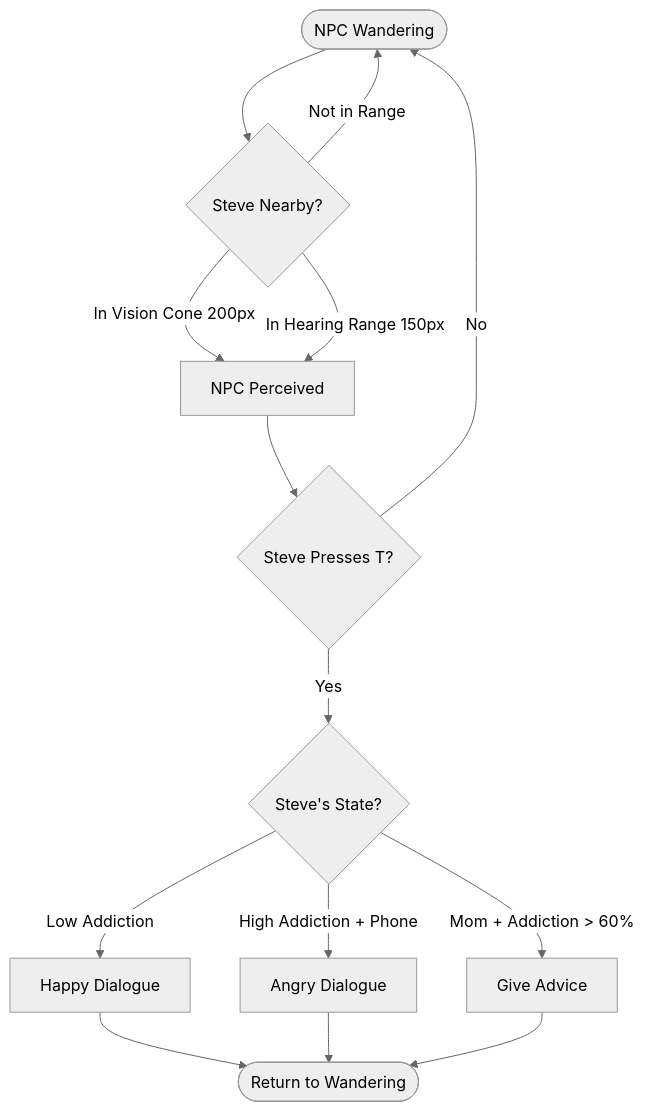
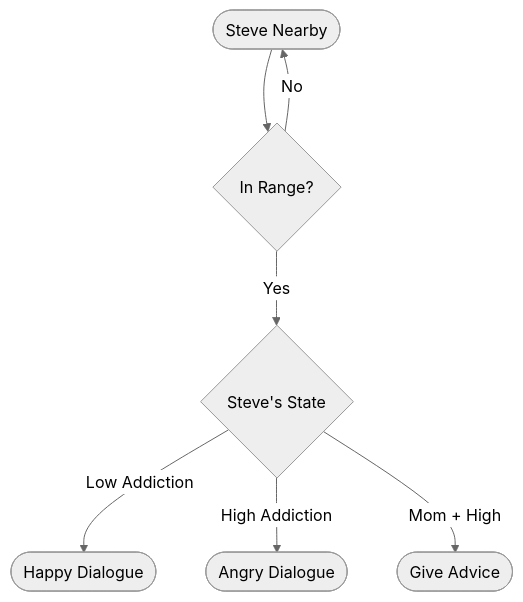
Before and after one commit to MNSBaanu/EchoSphere: the fourth of 5 diagrams in docs/08_Algorithm.md, drawn with Mermaid (neutral theme). The commit also changed other lines of this file, not shown here.

First line of the commit message:
docs(Algorithm): simplify flowcharts and consolidate sections

````diff
--- a/docs/08_Algorithm.md
+++ b/docs/08_Algorithm.md
@@ -72,16 +53,9 @@
 ```mermaid
 flowchart TD
-    A([NPC Wandering]) --> B{Steve Nearby?}
-    B -->|In Vision Cone 200px| C[NPC Perceived]
-    B -->|In Hearing Range 150px| C
-    B -->|Not in Range| A
-    C --> D{Steve Presses T?}
-    D -->|No| A
-    D -->|Yes| E{Steve's State?}
-    E -->|Low Addiction| F[Happy Dialogue]
-    E -->|High Addiction + Phone| G[Angry Dialogue]
-    E -->|Mom + Addiction > 60%| H[Give Advice]
-    F --> I([Return to Wandering])
-    G --> I
-    H --> I
+    A([Steve Nearby]) --> B{In Range?}
+    B -->|Yes| C{Steve's State}
+    B -->|No| A
+    C -->|Low Addiction| D([Happy Dialogue])
+    C -->|High Addiction| E([Angry Dialogue])
+    C -->|Mom + High| F([Give Advice])
 ```
````
